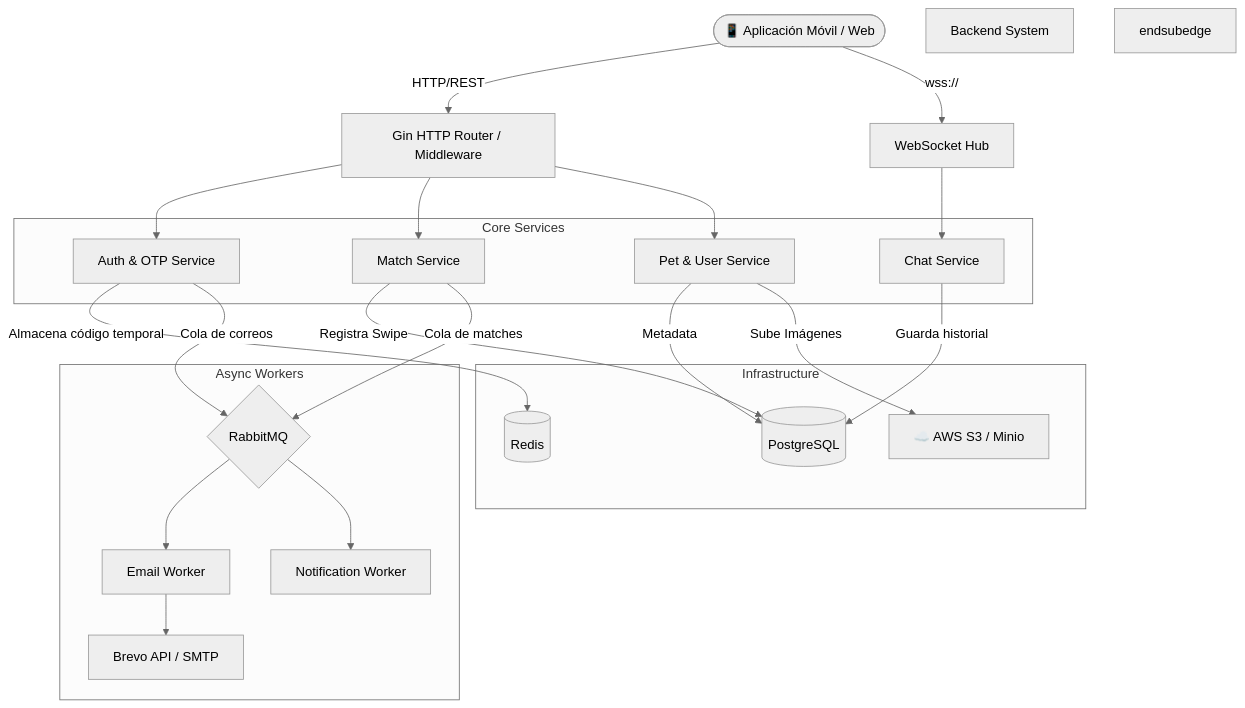
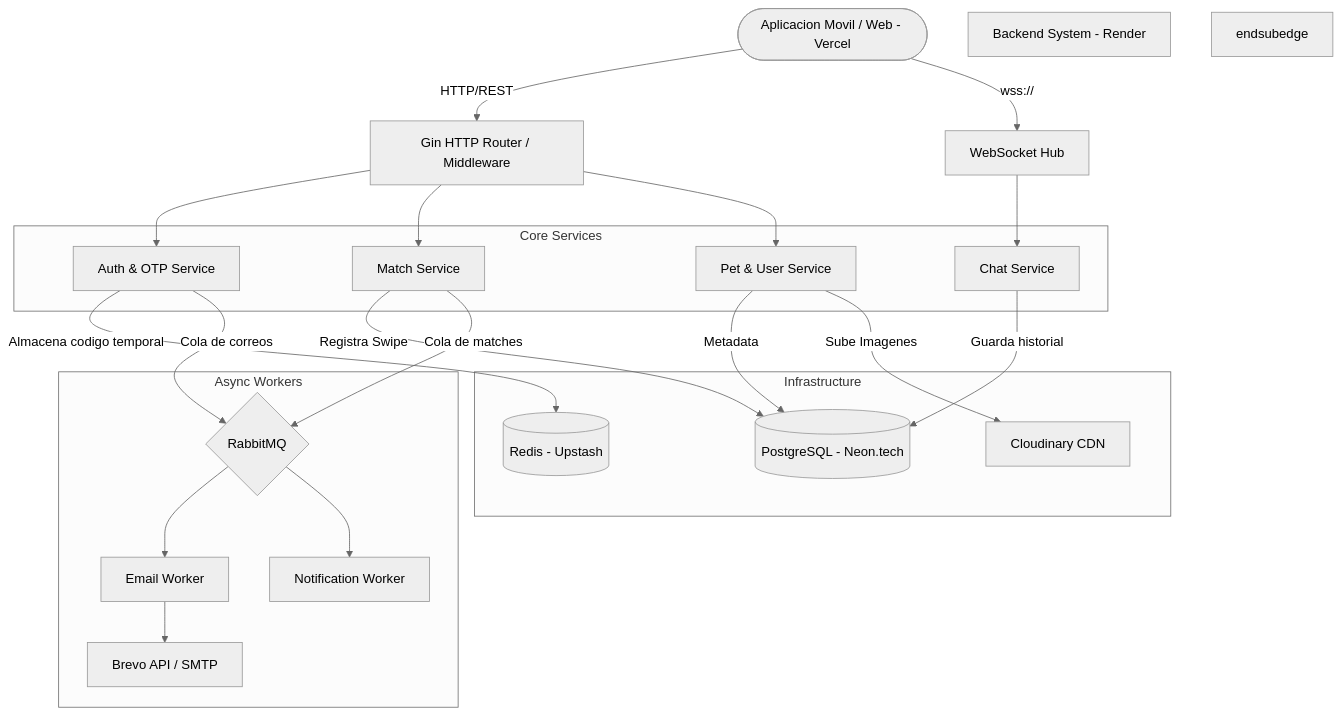
Before and after one commit to RicketyMajor/PAWS-2.0: the diagram in README.md, drawn with Mermaid (neutral theme). The commit also changed other lines of this file, not shown here.

````diff
--- a/README.md
+++ b/README.md
@@ -59,58 +56,50 @@
 ```mermaid
 graph TD
-    %% Usuarios / Frontend
-    User([📱 Aplicación Móvil / Web])
+    User([Aplicacion Movil / Web - Vercel])
 
-    %% API Gateway / Ingress
-    subedge[Backend System]
+    subedge[Backend System - Render]
         API[Gin HTTP Router / Middleware]
         WS[WebSocket Hub]
         
-        %% Servicios Core
         subgraph Core Services
             Auth[Auth & OTP Service]
             Match[Match Service]
             Chat[Chat Service]
             Pet[Pet & User Service]
         end
 
-        %% Infraestructura
         subgraph Infrastructure
-            DB[(PostgreSQL)]
-            Redis[(Redis)]
-            Minio[☁️ AWS S3 / Minio]
+            DB[(PostgreSQL - Neon.tech)]
+            Redis[(Redis - Upstash)]
+            Cloudinary[Cloudinary CDN]
         end
 
-        %% Workers Asíncronos
         subgraph Async Workers
             RabbitMQ{RabbitMQ}
             Worker1[Email Worker]
             Worker2[Notification Worker]
             Brevo[Brevo API / SMTP]
         end
     endsubedge
 
-    %% Conexiones
     User -- HTTP/REST --> API
     User -- wss:// --> WS
 
     API --> Auth
     API --> Match
     API --> Pet
     
     WS --> Chat
 
-    %% Base de datos y Caché
-    Auth -- Almacena código temporal --> Redis
+    Auth -- Almacena codigo temporal --> Redis
     Match -- Registra Swipe --> DB
     Chat -- Guarda historial --> DB
     Pet -- Metadata --> DB
-    Pet -- Sube Imágenes --> Minio
+    Pet -- Sube Imagenes --> Cloudinary
 
-    %% Flujo Asíncrono
     Auth -- Cola de correos --> RabbitMQ
     Match -- Cola de matches --> RabbitMQ
     RabbitMQ --> Worker1
     RabbitMQ --> Worker2
     Worker1 --> Brevo
 ```
````
